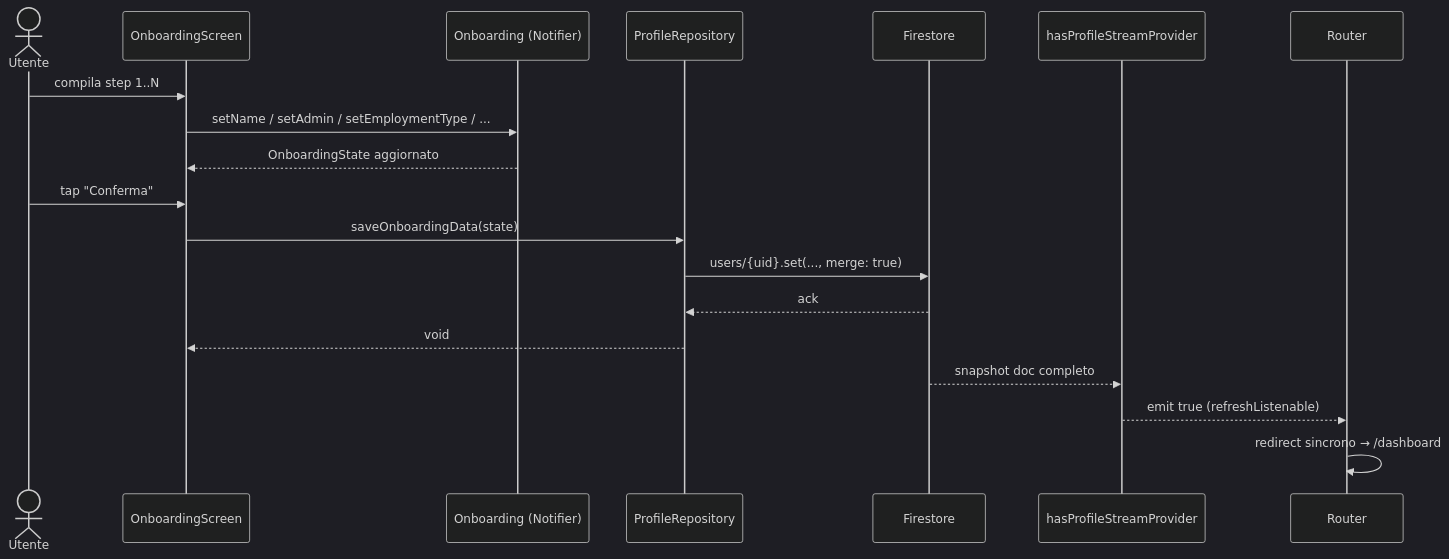
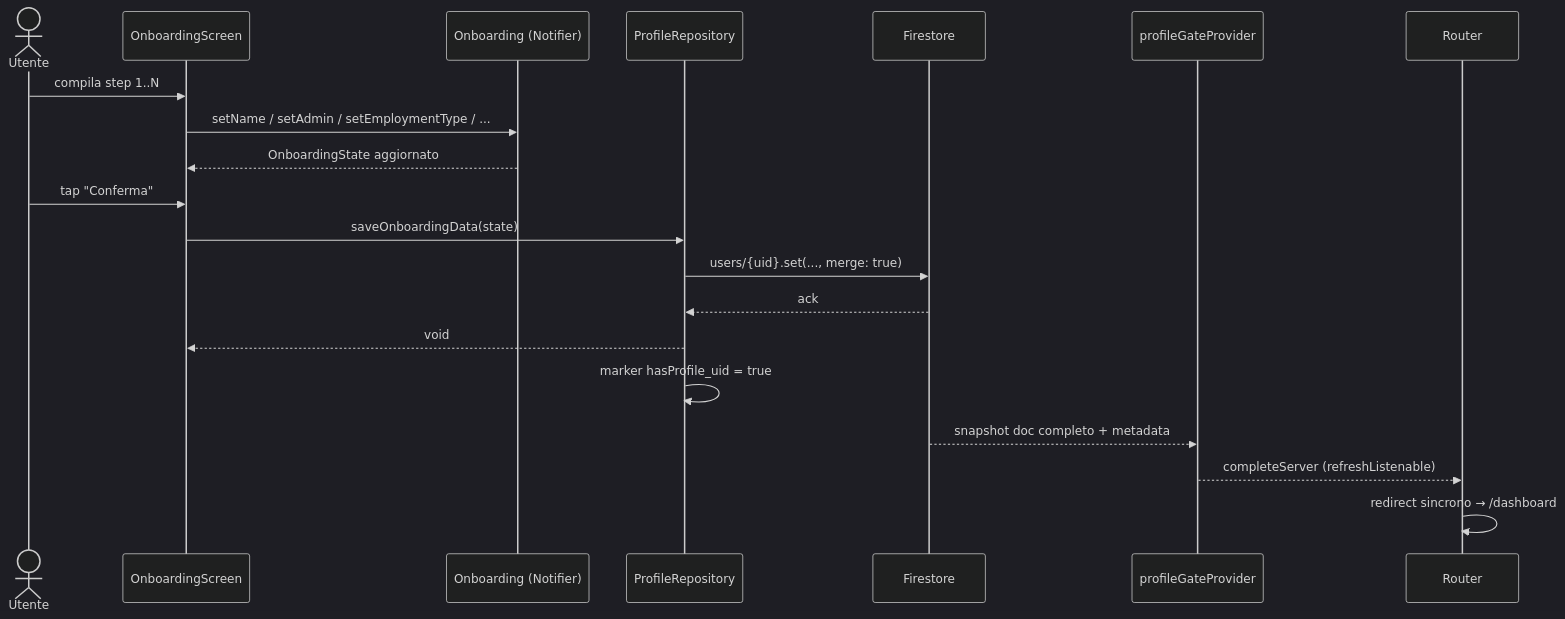
Before and after one commit to marcocipriani/chigio_time: the diagram in docs/funzionalita/onboarding.md, drawn with Mermaid (dark theme). The commit also changed other lines of this file and 23 other files, not shown here.

````diff
--- a/docs/funzionalita/onboarding.md
+++ b/docs/funzionalita/onboarding.md
@@ -25,22 +26,23 @@
 ```mermaid
 sequenceDiagram
     actor U as Utente
     participant OS as OnboardingScreen
     participant N as Onboarding (Notifier)
     participant PR as ProfileRepository
     participant FS as Firestore
-    participant HP as hasProfileStreamProvider
+    participant HP as profileGateProvider
     participant R as Router
 
     U->>OS: compila step 1..N
     OS->>N: setName / setAdmin / setEmploymentType / ...
     N-->>OS: OnboardingState aggiornato
     U->>OS: tap "Conferma"
     OS->>PR: saveOnboardingData(state)
     PR->>FS: users/{uid}.set(..., merge: true)
     FS-->>PR: ack
     PR-->>OS: void
-    FS-->>HP: snapshot doc completo
-    HP-->>R: emit true (refreshListenable)
+    PR->>PR: marker hasProfile_uid = true
+    FS-->>HP: snapshot doc completo + metadata
+    HP-->>R: completeServer (refreshListenable)
     R->>R: redirect sincrono → /dashboard
 ```
````
